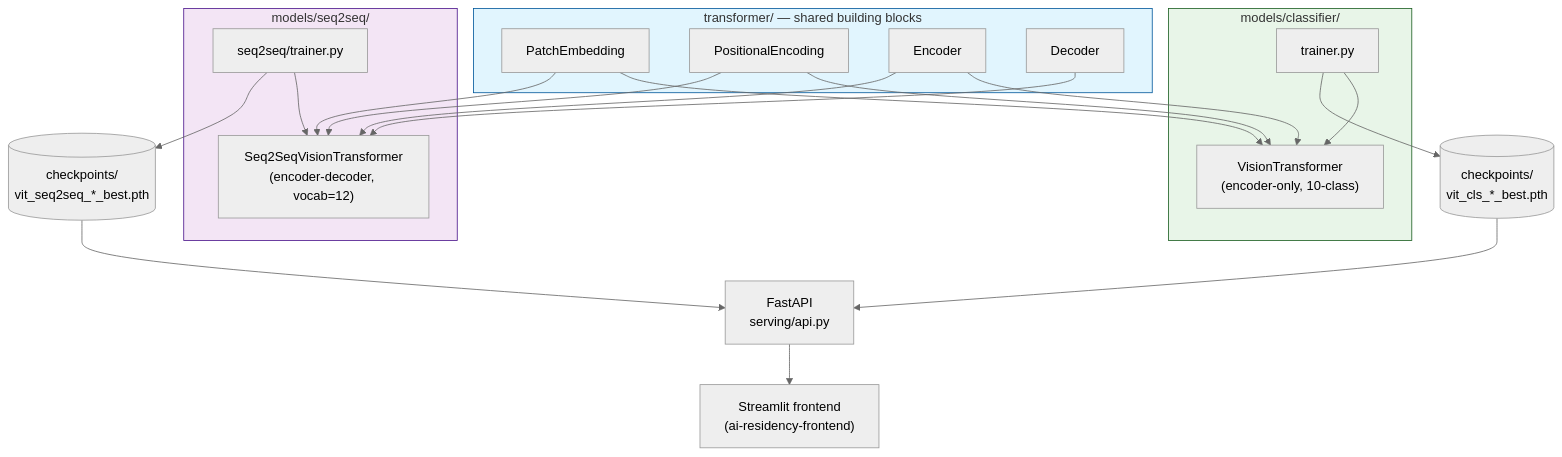
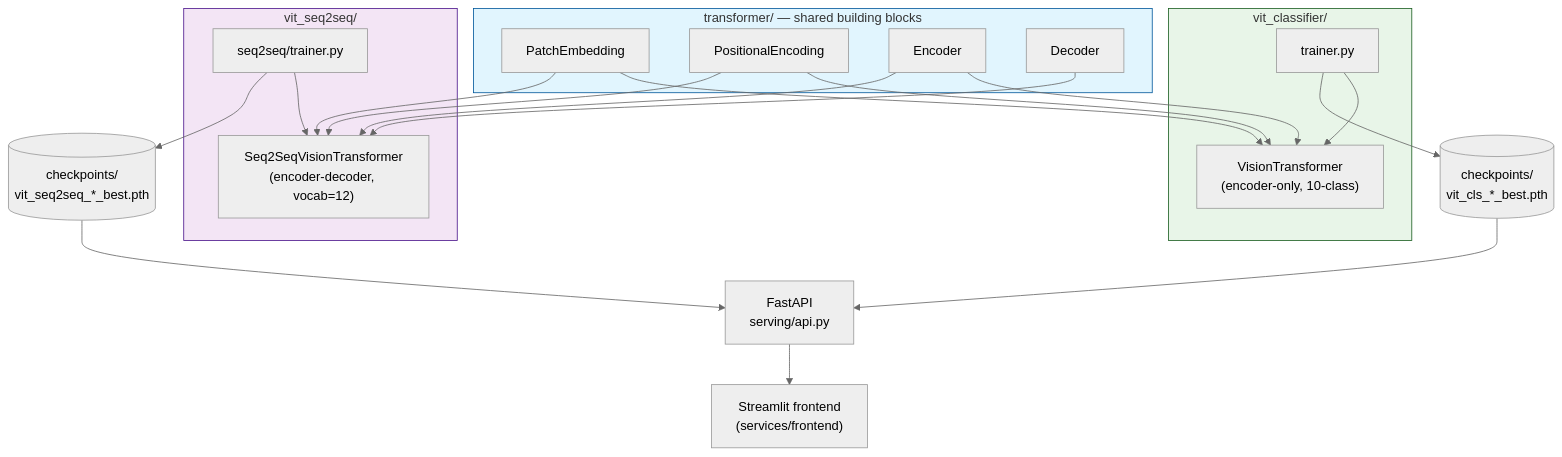
The first of 2 diagrams in services/vit-classifier/README.md (RoshBeed/ai-residency), drawn with Mermaid (neutral theme) before and after one commit. The commit also changed other lines of this file and 42 other files, not shown here.

````diff
--- a/services/vit-classifier/README.md
+++ b/services/vit-classifier/README.md
@@ -70,43 +70,43 @@
 ```mermaid
 flowchart TD
     subgraph Shared["transformer/ — shared building blocks"]
         patchmod["PatchEmbedding"]
         posmod["PositionalEncoding"]
         encmod["Encoder"]
         decmod["Decoder"]
     end
 
-    subgraph Classifier["models/classifier/"]
+    subgraph Classifier["vit_classifier/"]
         clsmodel["VisionTransformer<br/>(encoder-only, 10-class)"]
         clstrain["trainer.py"]
     end
 
-    subgraph Seq2Seq["models/seq2seq/"]
+    subgraph Seq2Seq["vit_seq2seq/"]
         s2smodel["Seq2SeqVisionTransformer<br/>(encoder-decoder, vocab=12)"]
         s2strain["seq2seq/trainer.py"]
     end
 
     patchmod --> clsmodel
     posmod --> clsmodel
     encmod --> clsmodel
     patchmod --> s2smodel
     posmod --> s2smodel
     encmod --> s2smodel
     decmod --> s2smodel
 
     clstrain --> clsmodel
     s2strain --> s2smodel
 
     clsckpt[("checkpoints/<br/>vit_cls_*_best.pth")]
     s2sckpt[("checkpoints/<br/>vit_seq2seq_*_best.pth")]
     clstrain --> clsckpt
     s2strain --> s2sckpt
 
     clsckpt --> api["FastAPI<br/>serving/api.py"]
     s2sckpt --> api
-    api --> ui["Streamlit frontend<br/>(ai-residency-frontend)"]
+    api --> ui["Streamlit frontend<br/>(services/frontend)"]
 
     style Shared fill:#e1f5fe,stroke:#01579b
     style Classifier fill:#e8f5e8,stroke:#1b5e20
     style Seq2Seq fill:#f3e5f5,stroke:#4a148c
 ```
````
